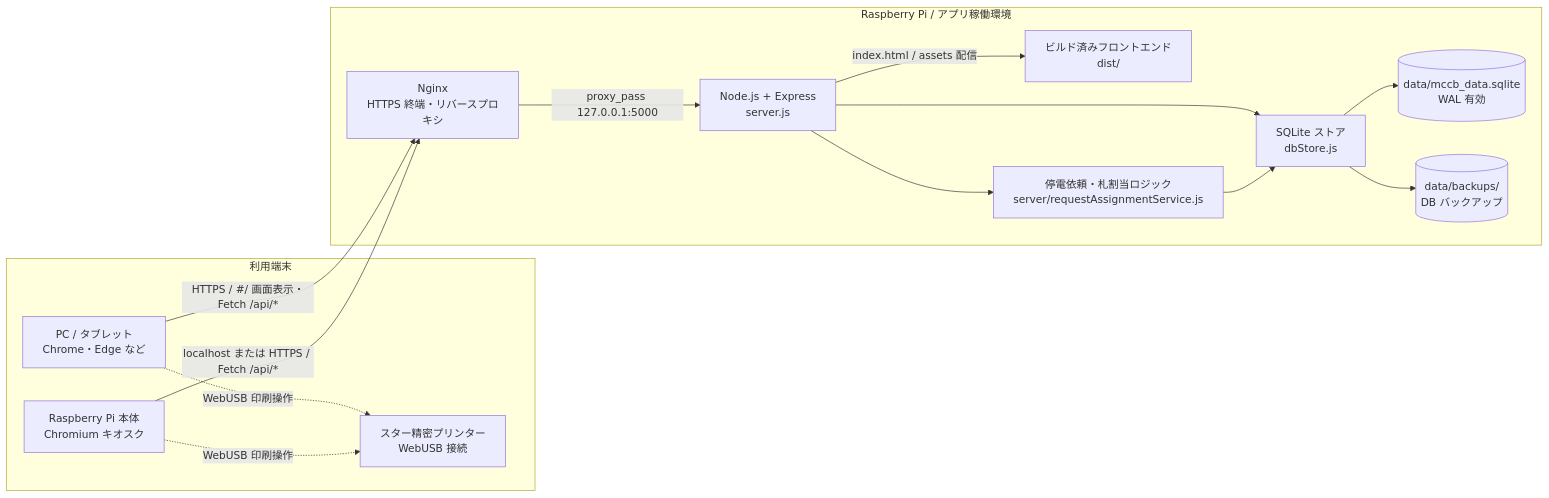
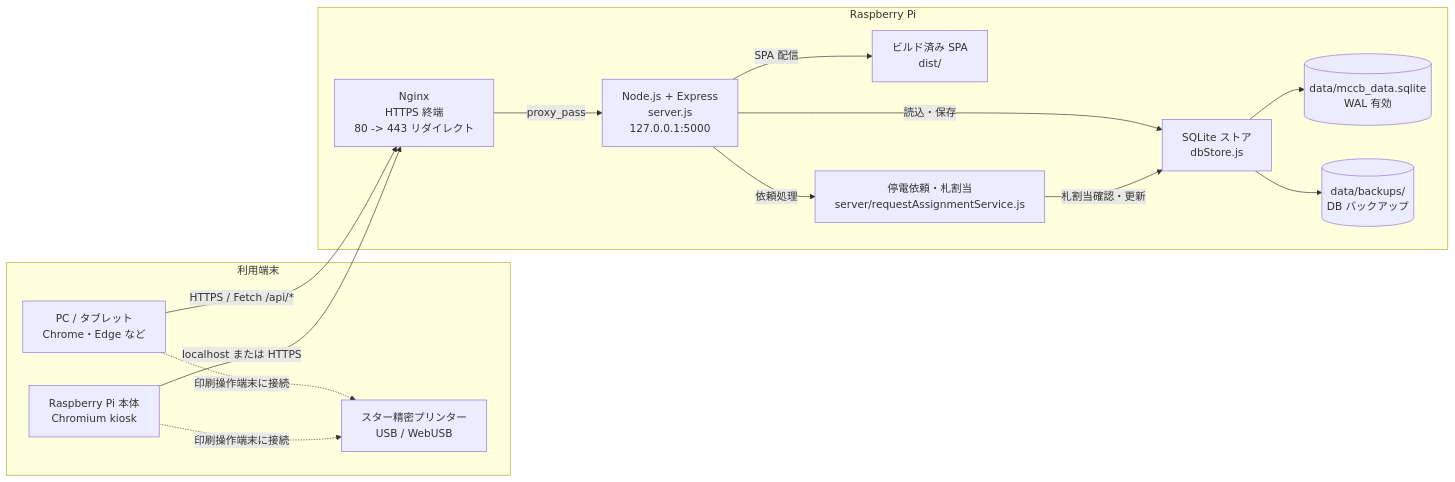
One commit to nas105397-ux/mccb-manager changed the first of 6 diagrams in docs/system-architecture.md. Above: the diagram before and after it, drawn with Mermaid. The commit also changed other lines of this file and 1 other file, not shown here.

Commit message:
ハードウェアおよびシステム構成図の改善: 標準構成の説明を明確化し、ネットワーク接続や機器の役割を整理。印刷操作の接続方法を更新し、構成の考え方を簡潔に表現。

````diff
--- a/docs/system-architecture.md
+++ b/docs/system-architecture.md
@@ -7,30 +7,30 @@
 ```mermaid
 flowchart LR
   subgraph Clients[利用端末]
-    Kiosk[Raspberry Pi 本体\nChromium キオスク]
+    Kiosk[Raspberry Pi 本体\nChromium kiosk]
     Browser[PC / タブレット\nChrome・Edge など]
-    Printer[スター精密プリンター\nWebUSB 接続]
+    Printer[スター精密プリンター\nUSB / WebUSB]
   end
 
-  subgraph RaspberryPi[Raspberry Pi / アプリ稼働環境]
-    Nginx[Nginx\nHTTPS 終端・リバースプロキシ]
-    Api[Node.js + Express\nserver.js]
-    Static[ビルド済みフロントエンド\ndist/]
-    Service[停電依頼・札割当ロジック\nserver/requestAssignmentService.js]
+  subgraph Pi[Raspberry Pi]
+    Nginx[Nginx\nHTTPS 終端\n80 -> 443 リダイレクト]
+    App[Node.js + Express\nserver.js\n127.0.0.1:5000]
+    Static[ビルド済み SPA\ndist/]
+    Service[停電依頼・札割当\nserver/requestAssignmentService.js]
     Store[SQLite ストア\ndbStore.js]
     Db[(data/mccb_data.sqlite\nWAL 有効)]
     Backups[(data/backups/\nDB バックアップ)]
   end
 
-  Browser -->|HTTPS / #/ 画面表示・Fetch /api/*| Nginx
-  Kiosk -->|localhost または HTTPS / Fetch /api/*| Nginx
-  Nginx -->|proxy_pass 127.0.0.1:5000| Api
-  Api -->|index.html / assets 配信| Static
-  Api --> Service
-  Api --> Store
-  Service --> Store
+  Browser -->|HTTPS / Fetch /api/*| Nginx
+  Kiosk -->|localhost または HTTPS| Nginx
+  Nginx -->|proxy_pass| App
+  App -->|SPA 配信| Static
+  App -->|依頼処理| Service
+  App -->|読込・保存| Store
+  Service -->|札割当確認・更新| Store
   Store --> Db
   Store --> Backups
-  Browser -.->|WebUSB 印刷操作| Printer
-  Kiosk -.->|WebUSB 印刷操作| Printer
+  Browser -.->|印刷操作端末に接続| Printer
+  Kiosk -.->|印刷操作端末に接続| Printer
 ```
````
